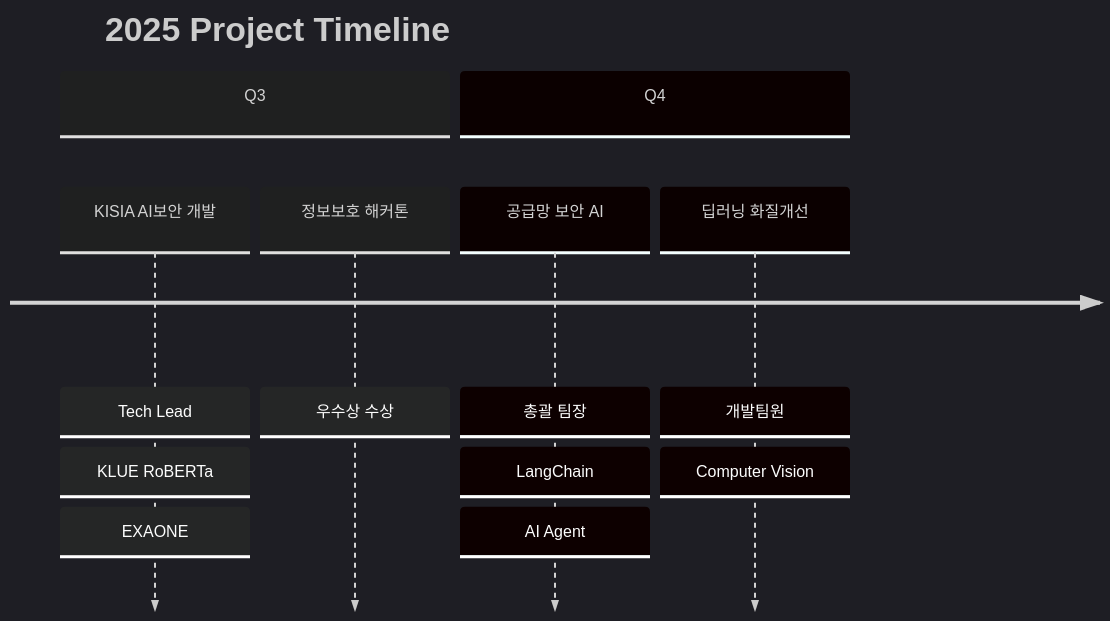
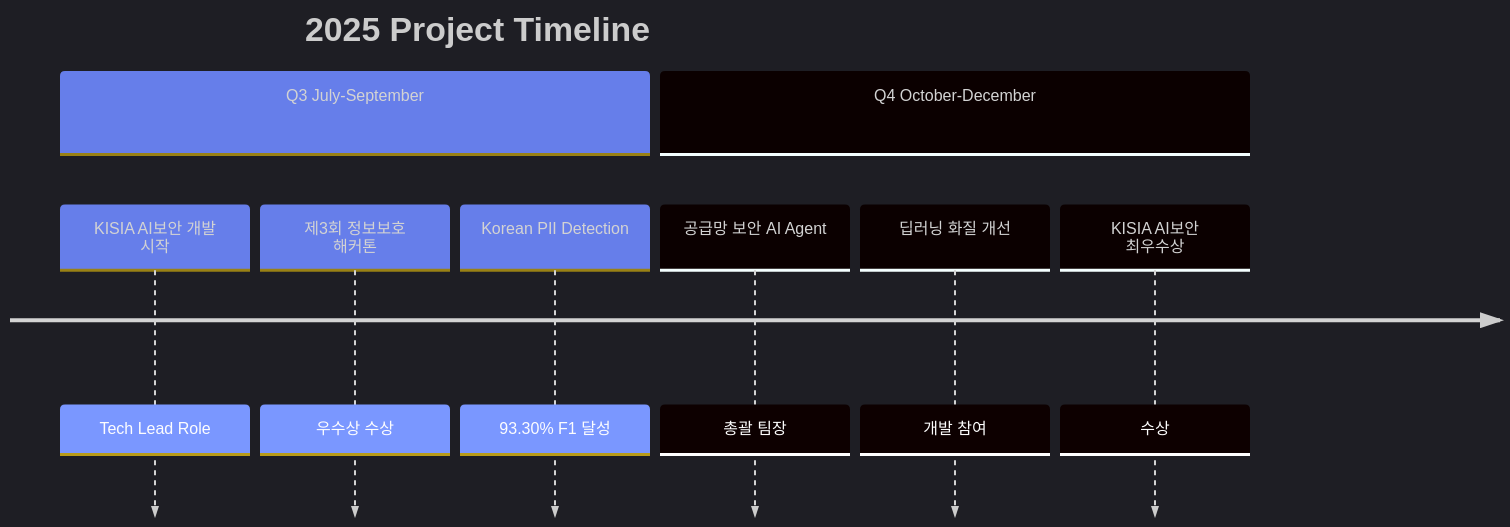
One commit to Creatine-mono/Creatine-mono changed the second of 2 diagrams in README.md. Above: the diagram before and after it, drawn with Mermaid. The commit also changed other lines of this file, not shown here.

````diff
--- a/README.md
+++ b/README.md
@@ -70,11 +150,13 @@
 ```mermaid
-%%{init: {'theme':'dark'}}%%
+%%{init: {'theme':'dark', 'themeVariables': { 'primaryColor':'#667eea','primaryTextColor':'#fff','primaryBorderColor':'#764ba2','lineColor':'#f093fb'}}}%%
 timeline
     title 2025 Project Timeline
-    section Q3
-        KISIA AI보안 개발 : Tech Lead : KLUE RoBERTa : EXAONE
-        정보보호 해커톤 : 우수상 수상
-    section Q4
-        공급망 보안 AI : 총괄 팀장 : LangChain : AI Agent
-        딥러닝 화질개선 : 개발팀원 : Computer Vision
+    section Q3 July-September
+        KISIA AI보안 개발 시작 : Tech Lead Role
+        제3회 정보보호 해커톤 : 우수상 수상
+        Korean PII Detection : 93.30% F1 달성
+    section Q4 October-December
+        공급망 보안 AI Agent : 총괄 팀장
+        딥러닝 화질 개선 : 개발 참여
+        KISIA AI보안 최우수상 : 수상
 ```
````
